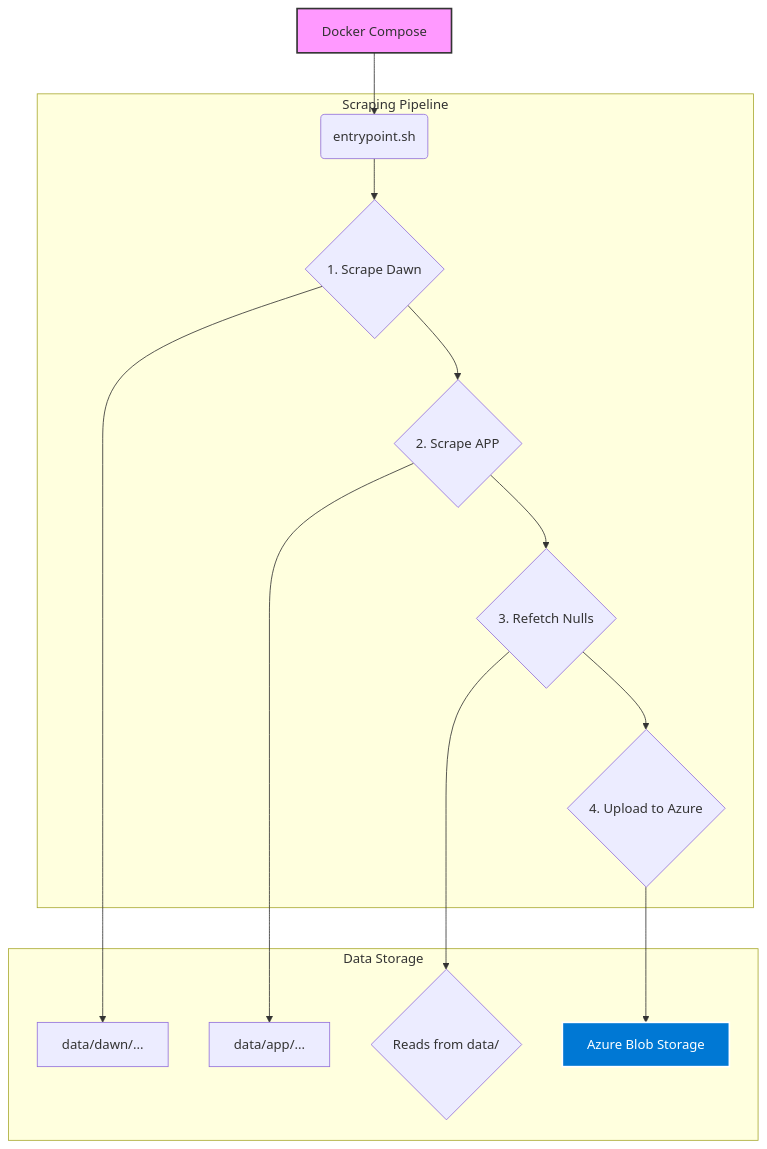
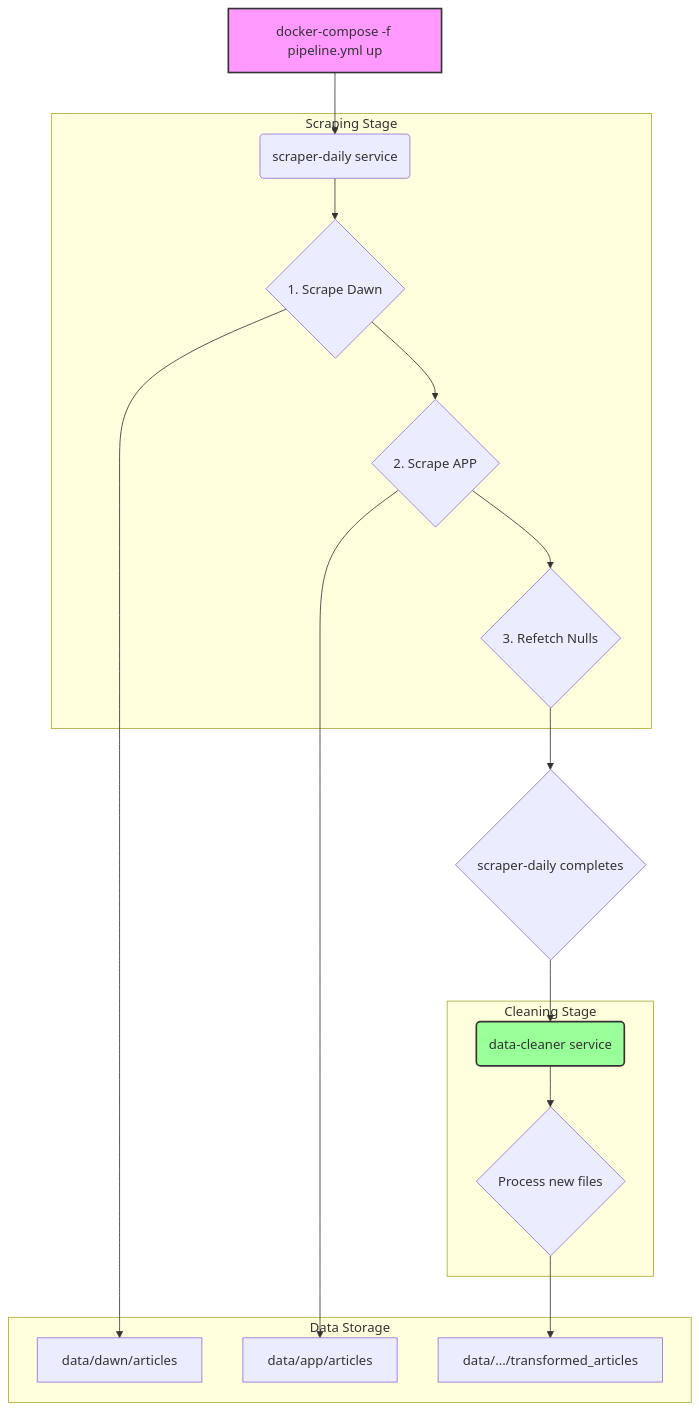
Before and after one commit to gitcodeuu/xai_articles: the diagram in documentation/developer-notes.md, drawn with Mermaid. The commit also changed other lines of this file and 3 other files, not shown here.

````diff
--- a/documentation/developer-notes.md
+++ b/documentation/developer-notes.md
@@ -76,21 +88,27 @@
 ```mermaid
 flowchart TD
-    A[Docker Compose] --> B(entrypoint.sh);
+    A[docker-compose -f pipeline.yml up] --> B(scraper-daily service);
 
-    subgraph "Scraping Pipeline"
+    subgraph "Scraping Stage"
         B --> C{1. Scrape Dawn};
         C --> D{2. Scrape APP};
         D --> E{3. Refetch Nulls};
-        E --> F{4. Upload to Azure};
+    end
+    
+    E --> F{scraper-daily completes};
+    
+    F --> G(data-cleaner service);
+
+    subgraph "Cleaning Stage"
+        G --> H{Process new files};
     end
 
     subgraph "Data Storage"
-        C --> G[data/dawn/...];
-        D --> H[data/app/...];
-        E --> I{Reads from data/};
-        F --> J[Azure Blob Storage];
+        C --> I[data/dawn/articles];
+        D --> J[data/app/articles];
+        H --> K[data/.../transformed_articles];
     end
 
     style A fill:#f9f,stroke:#333,stroke-width:2px
-    style J fill:#0078D4,stroke:#fff,stroke-width:2px,color:#fff
+    style G fill:#9f9,stroke:#333,stroke-width:2px
 ```
````
